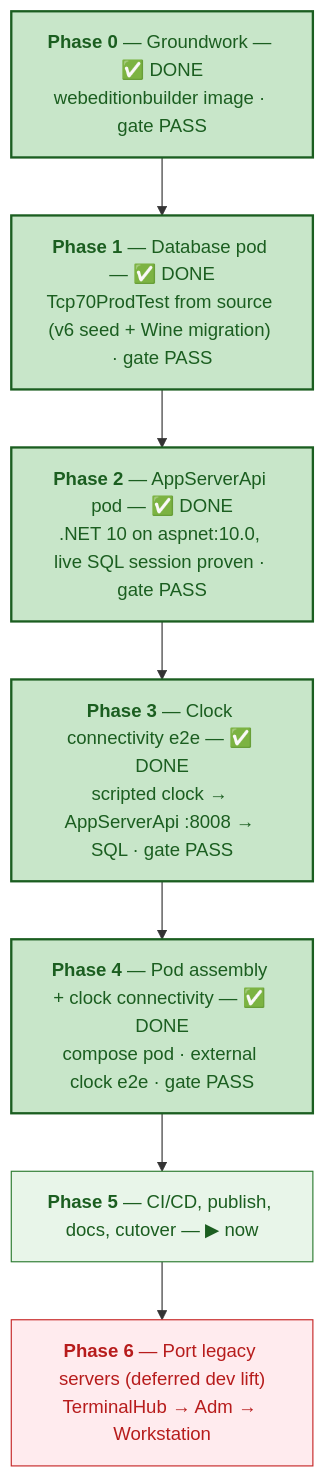
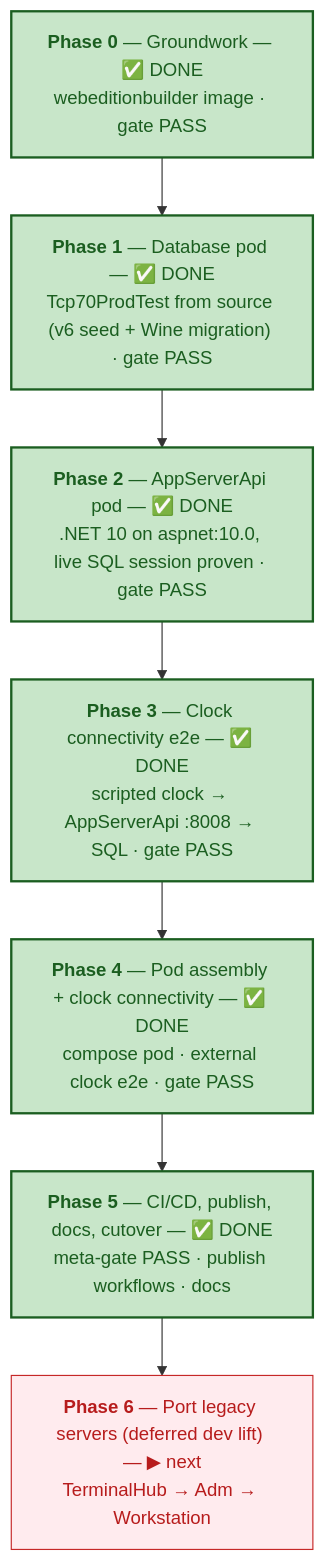
Before and after one commit to tcp-software/win11vbox: the third of 5 diagrams in docs/linux-pod-plan.md, drawn with Mermaid. The commit also changed other lines of this file and 1 other file, not shown here.

First line of the commit message:
linux-pod-plan: Phase 5 DONE (meta-gate PASS, CI + publish workflows + docs); status -> Phases 0-5 complete

````diff
--- a/docs/linux-pod-plan.md
+++ b/docs/linux-pod-plan.md
@@ -146,18 +146,18 @@
 ```mermaid
 flowchart TD
     classDef now  fill:#e8f5e9,stroke:#2e7d32,color:#1b5e20;
     classDef lift fill:#ffebee,stroke:#c62828,color:#b71c1c;
     classDef base fill:#fff3e0,stroke:#e65100,color:#bf360c;
 
     classDef done fill:#c8e6c9,stroke:#1b5e20,color:#1b5e20,stroke-width:2px;
 
     P0["<b>Phase 0</b> — Groundwork — ✅ DONE<br/>webeditionbuilder image · gate PASS"]:::done
     P1["<b>Phase 1</b> — Database pod — ✅ DONE<br/>Tcp70ProdTest from source (v6 seed + Wine migration) · gate PASS"]:::done
     P2["<b>Phase 2</b> — AppServerApi pod — ✅ DONE<br/>.NET 10 on aspnet:10.0, live SQL session proven · gate PASS"]:::done
     P3["<b>Phase 3</b> — Clock connectivity e2e — ✅ DONE<br/>scripted clock → AppServerApi :8008 → SQL · gate PASS"]:::done
     P4["<b>Phase 4</b> — Pod assembly + clock connectivity — ✅ DONE<br/>compose pod · external clock e2e · gate PASS"]:::done
-    P5["<b>Phase 5</b> — CI/CD, publish, docs, cutover — ▶ now"]:::now
-    P6["<b>Phase 6</b> — Port legacy servers (deferred dev lift)<br/>TerminalHub → Adm → Workstation"]:::lift
+    P5["<b>Phase 5</b> — CI/CD, publish, docs, cutover — ✅ DONE<br/>meta-gate PASS · publish workflows · docs"]:::done
+    P6["<b>Phase 6</b> — Port legacy servers (deferred dev lift) — ▶ next<br/>TerminalHub → Adm → Workstation"]:::lift
 
     P0 --> P1 --> P2 --> P3 --> P4 --> P5 --> P6
 ```
````
